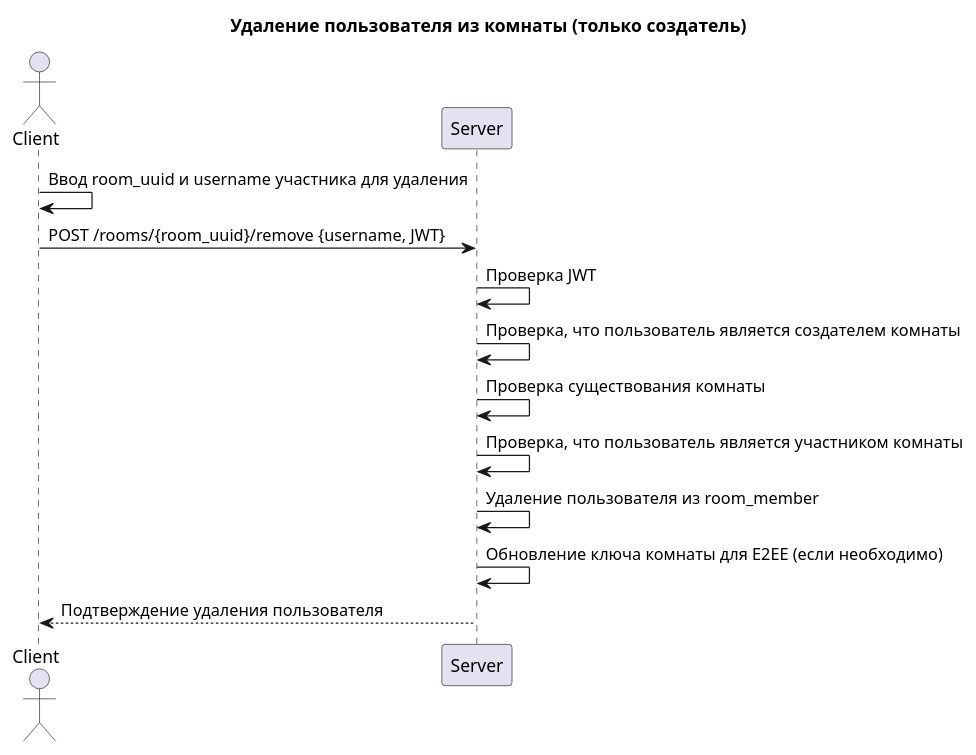
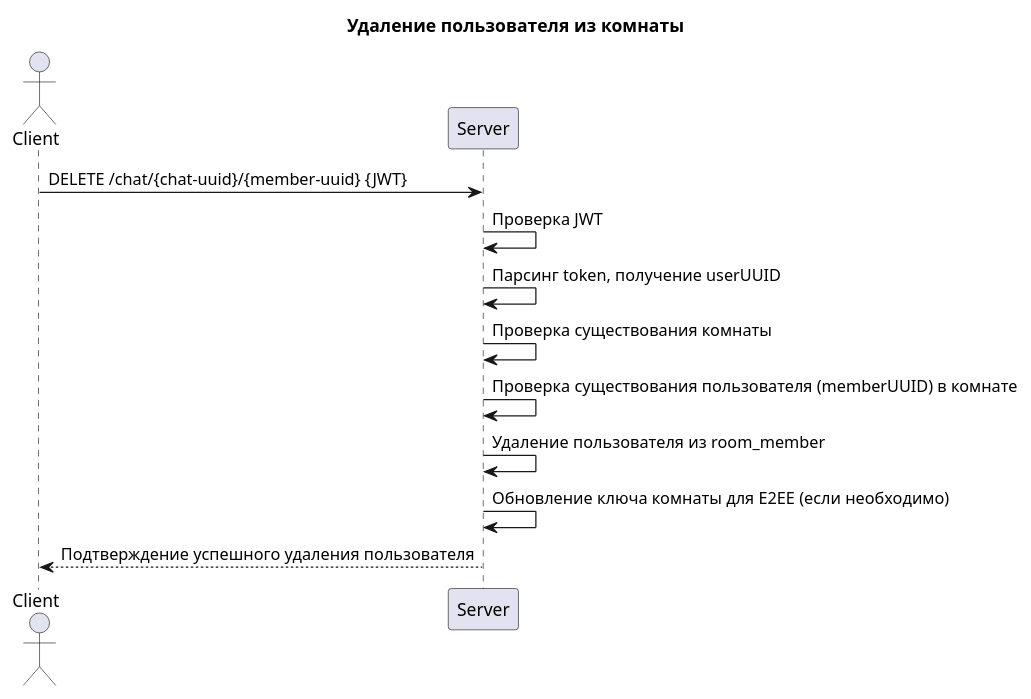
The diagram in docs/room_remove_member.puml (sbilibin2017/bil-message), drawn with PlantUML before and after one commit. The commit also changed 26 other files, not shown here.

```diff
--- a/docs/room_remove_member.puml
+++ b/docs/room_remove_member.puml
@@ -1,20 +1,17 @@
 @startuml
-title Удаление пользователя из комнаты (только создатель)
+title Удаление пользователя из комнаты
 
 actor Client
 participant Server
 
-Client -> Client: Ввод room_uuid и username участника для удаления
-
-Client -> Server: POST /rooms/{room_uuid}/remove {username, JWT}
+Client -> Server: DELETE /chat/{chat-uuid}/{member-uuid} {JWT}
 
 Server -> Server: Проверка JWT
-Server -> Server: Проверка, что пользователь является создателем комнаты
+Server -> Server: Парсинг token, получение userUUID
 Server -> Server: Проверка существования комнаты
-Server -> Server: Проверка, что пользователь является участником комнаты
+Server -> Server: Проверка существования пользователя (memberUUID) в комнате
 Server -> Server: Удаление пользователя из room_member
 Server -> Server: Обновление ключа комнаты для E2EE (если необходимо)
 
-Server --> Client: Подтверждение удаления пользователя
-
+Server --> Client: Подтверждение успешного удаления пользователя
 @enduml
```
